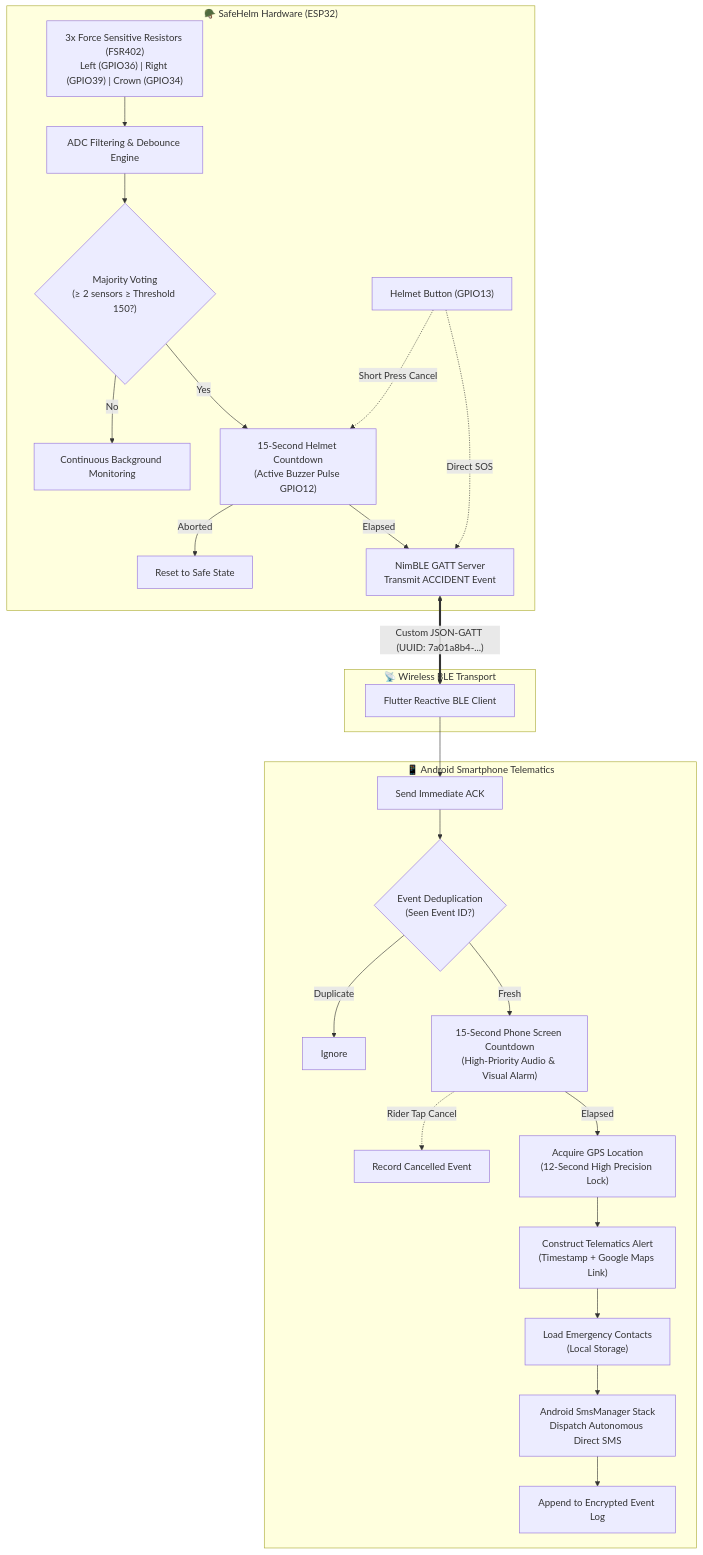
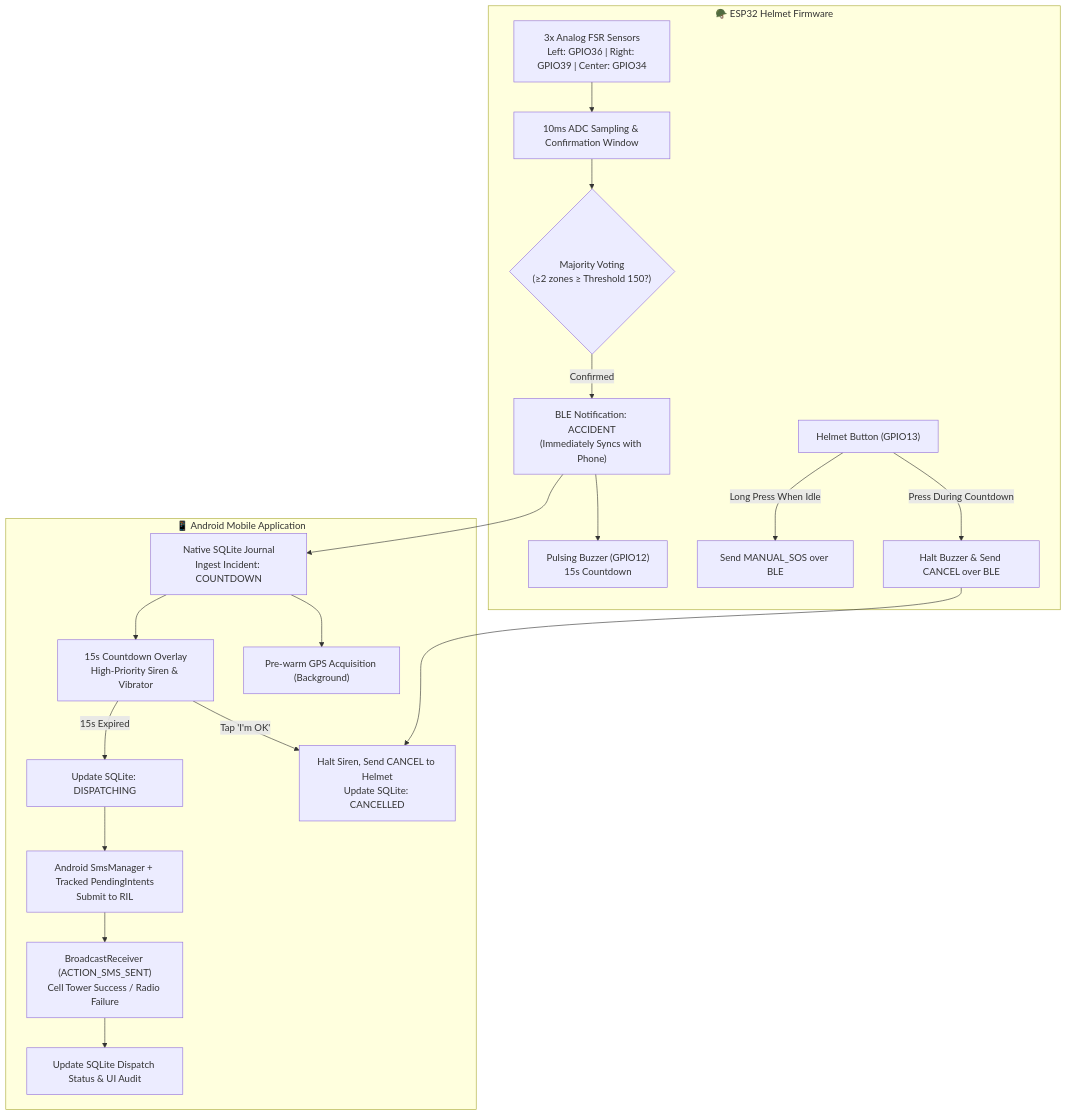
Before and after one commit to SAIFew/SafeHelm: the diagram in README.md, drawn with Mermaid. The commit also changed other lines of this file and 39 other files, not shown here.

Commit message:
Complete SafeHelm integration: native SQLite journal, tracked SMS callbacks, unified countdown, and firmware FSR debouncing

````diff
--- a/README.md
+++ b/README.md
@@ -75,30 +30,23 @@
 ```mermaid
 flowchart TD
-    subgraph Helmet["🪖 SafeHelm Hardware (ESP32)"]
-        FSR["3x Force Sensitive Resistors (FSR402)\nLeft (GPIO36) | Right (GPIO39) | Crown (GPIO34)"] --> ADC["ADC Filtering & Debounce Engine"]
-        ADC --> Vote{"Majority Voting\n(≥ 2 sensors ≥ Threshold 150?)"}
-        Vote -- No --> Monitor["Continuous Background Monitoring"]
-        Vote -- Yes --> H_Timer["15-Second Helmet Countdown\n(Active Buzzer Pulse GPIO12)"]
-        Btn["Helmet Button (GPIO13)"] -. Short Press Cancel .-> H_Timer
-        H_Timer -- Aborted --> Cancelled["Reset to Safe State"]
-        H_Timer -- Elapsed --> BLE_Tx["NimBLE GATT Server\nTransmit ACCIDENT Event"]
-        Btn -. Direct SOS .-> BLE_Tx
+    subgraph Helmet["🪖 ESP32 Helmet Firmware"]
+        FSR["3x Analog FSR Sensors\nLeft: GPIO36 | Right: GPIO39 | Center: GPIO34"] --> Debounce["10ms ADC Sampling & Confirmation Window"]
+        Debounce --> Vote{"Majority Voting\n(≥2 zones ≥ Threshold 150?)"}
+        Vote -- Confirmed --> BLE_Notify["BLE Notification: ACCIDENT\n(Immediately Syncs with Phone)"]
+        BLE_Notify --> HelmetAlarm["Pulsing Buzzer (GPIO12)\n15s Countdown"]
+        Btn["Helmet Button (GPIO13)"] -- Press During Countdown --> HelmetCancel["Halt Buzzer & Send CANCEL over BLE"]
+        Btn -- Long Press When Idle --> ManualSOS["Send MANUAL_SOS over BLE"]
     end
 
-    subgraph Wireless["📡 Wireless BLE Transport"]
-        BLE_Tx <== "Custom JSON-GATT (UUID: 7a01a8b4-...)" ==> BLE_Rx["Flutter Reactive BLE Client"]
-    end
-
-    subgraph Phone["📱 Android Smartphone Telematics"]
-        BLE_Rx --> Ack["Send Immediate ACK"]
-        Ack --> Dedupe{"Event Deduplication\n(Seen Event ID?)"}
-        Dedupe -- Duplicate --> Drop["Ignore"]
-        Dedupe -- Fresh --> P_Timer["15-Second Phone Screen Countdown\n(High-Priority Audio & Visual Alarm)"]
-        P_Timer -. Rider Tap Cancel .-> LogCancel["Record Cancelled Event"]
-        P_Timer -- Elapsed --> GPS["Acquire GPS Location\n(12-Second High Precision Lock)"]
-        GPS --> MsgBuild["Construct Telematics Alert\n(Timestamp + Google Maps Link)"]
-        MsgBuild --> Contacts["Load Emergency Contacts\n(Local Storage)"]
-        Contacts --> SMS["Android SmsManager Stack\nDispatch Autonomous Direct SMS"]
-        SMS --> History["Append to Encrypted Event Log"]
+    subgraph Phone["📱 Android Mobile Application"]
+        BLE_Notify --> NativeJournal["Native SQLite Journal\nIngest Incident: COUNTDOWN"]
+        NativeJournal --> PrewarmGPS["Pre-warm GPS Acquisition (Background)"]
+        NativeJournal --> PhoneAlarm["15s Countdown Overlay\nHigh-Priority Siren & Vibrator"]
+        PhoneAlarm -- Tap 'I'm OK' --> PhoneCancel["Halt Siren, Send CANCEL to Helmet\nUpdate SQLite: CANCELLED"]
+        HelmetCancel --> PhoneCancel
+        PhoneAlarm -- 15s Expired --> Dispatch["Update SQLite: DISPATCHING"]
+        Dispatch --> SendSMS["Android SmsManager + Tracked PendingIntents\nSubmit to RIL"]
+        SendSMS --> RadioCallback["BroadcastReceiver (ACTION_SMS_SENT)\nCell Tower Success / Radio Failure"]
+        RadioCallback --> UpdateRecord["Update SQLite Dispatch Status & UI Audit"]
     end
 ```
````
